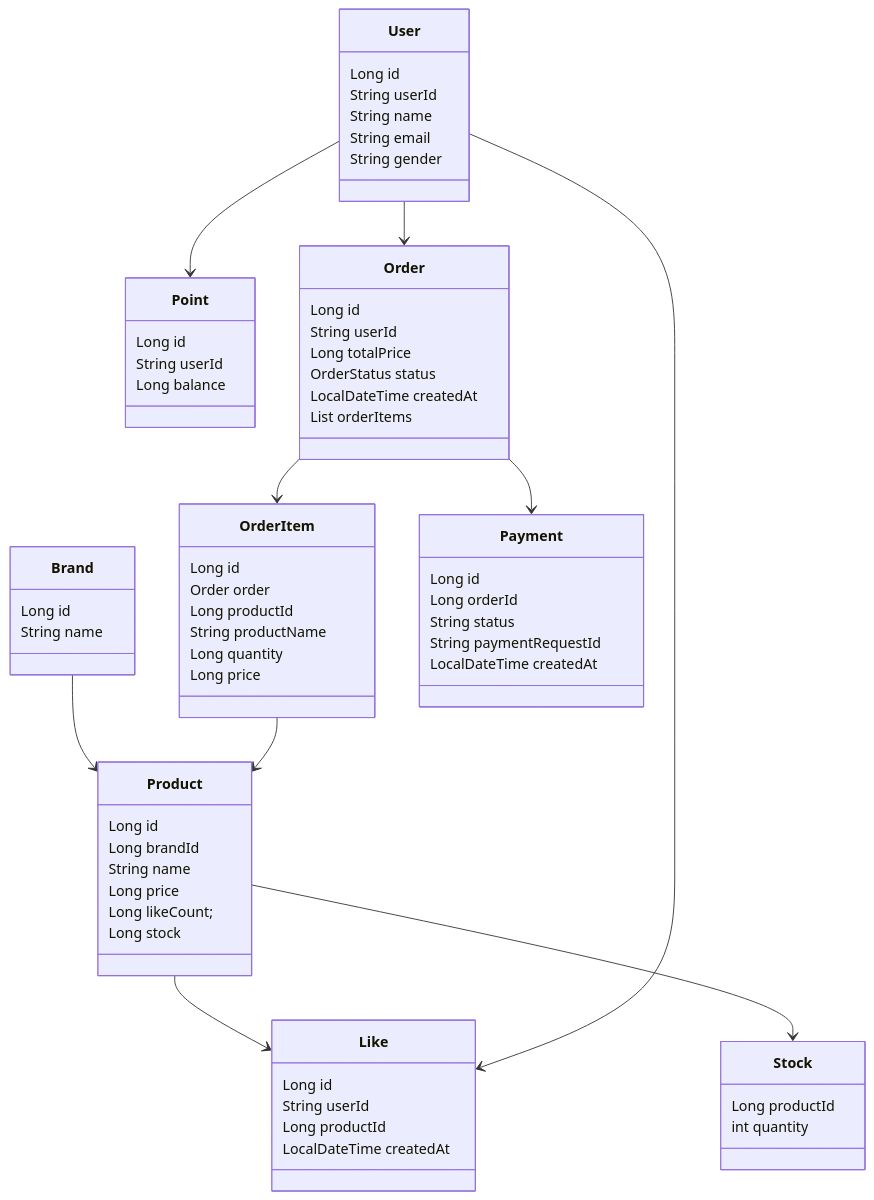
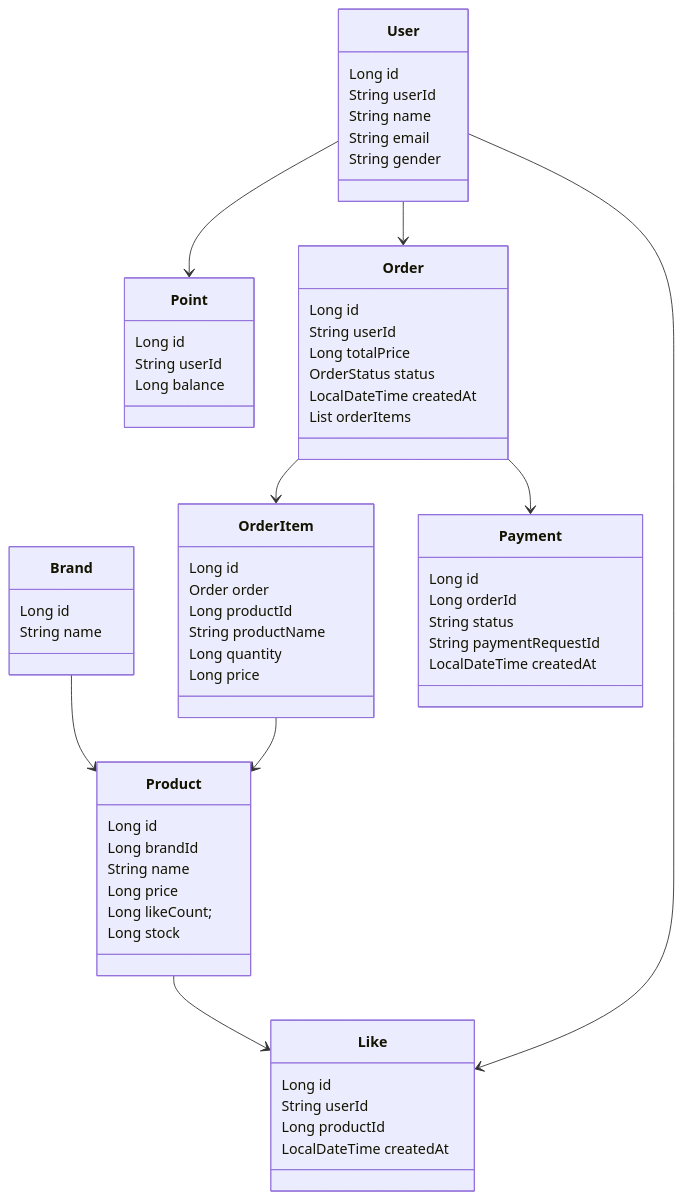
Before and after one commit to yeonjiyeon/loopers-spring-java-template: the diagram in docs/2round/03-class-diagram.md, drawn with Mermaid. The commit also changed 18 other files, not shown here.

````diff
--- a/docs/2round/03-class-diagram.md
+++ b/docs/2round/03-class-diagram.md
@@ -3,82 +3,76 @@
 ```mermaid
 classDiagram
 direction TB
 
 class User {
   Long id
   String userId
   String name
   String email
   String gender
 }
 
 class Point {
   Long id
   String userId
   Long balance
 }
 
 class Brand {
   Long id
   String name
 }
 
 class Product {
   Long id
   Long brandId
   String name
   Long price
   Long likeCount;
   Long stock
-}
-
-class Stock {
-  Long productId
-  int quantity
 }
 
 class Like {
   Long id
   String userId
   Long productId
   LocalDateTime createdAt
 }
 
 class Order {
   Long id
   String userId
   Long totalPrice
   OrderStatus status
   LocalDateTime createdAt
   List<OrderItem> orderItems
 }
 
 class OrderItem {
   Long id
   Order order
   Long productId
   String productName
   Long quantity
   Long price
 }
 
 class Payment {
   Long id
   Long orderId
   String status
   String paymentRequestId
   LocalDateTime createdAt
 }
 
 %% 관계 설정
 User --> Point
 Brand --> Product
-Product --> Stock
 Product --> Like
 User --> Like 
 User --> Order 
 Order --> OrderItem 
 Order --> Payment 
 OrderItem --> Product
 
 ```
````
